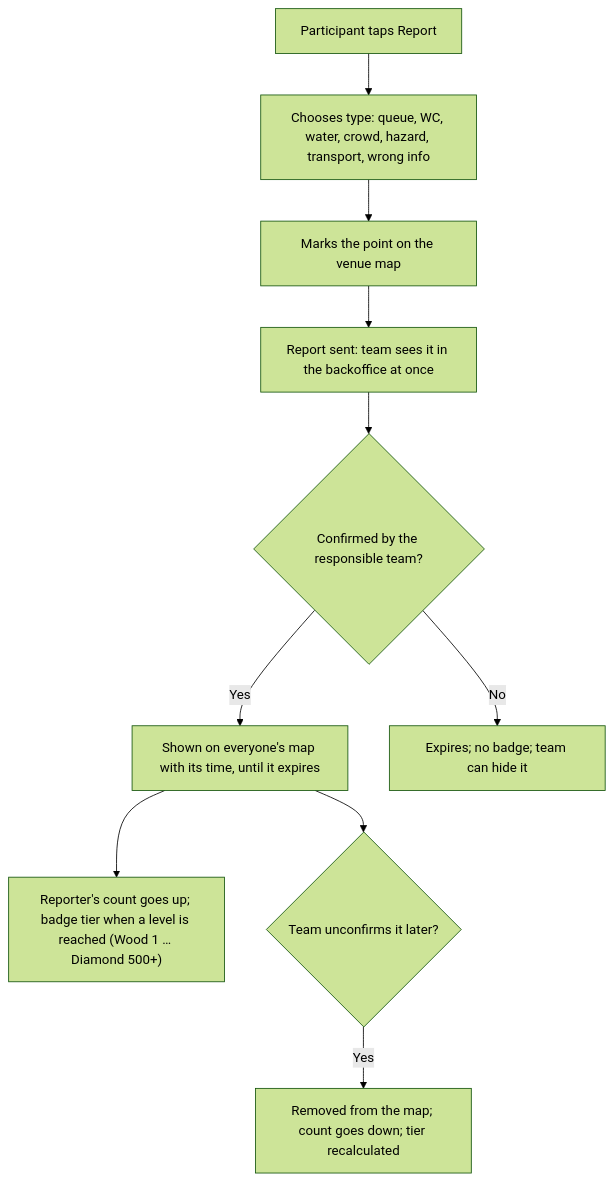
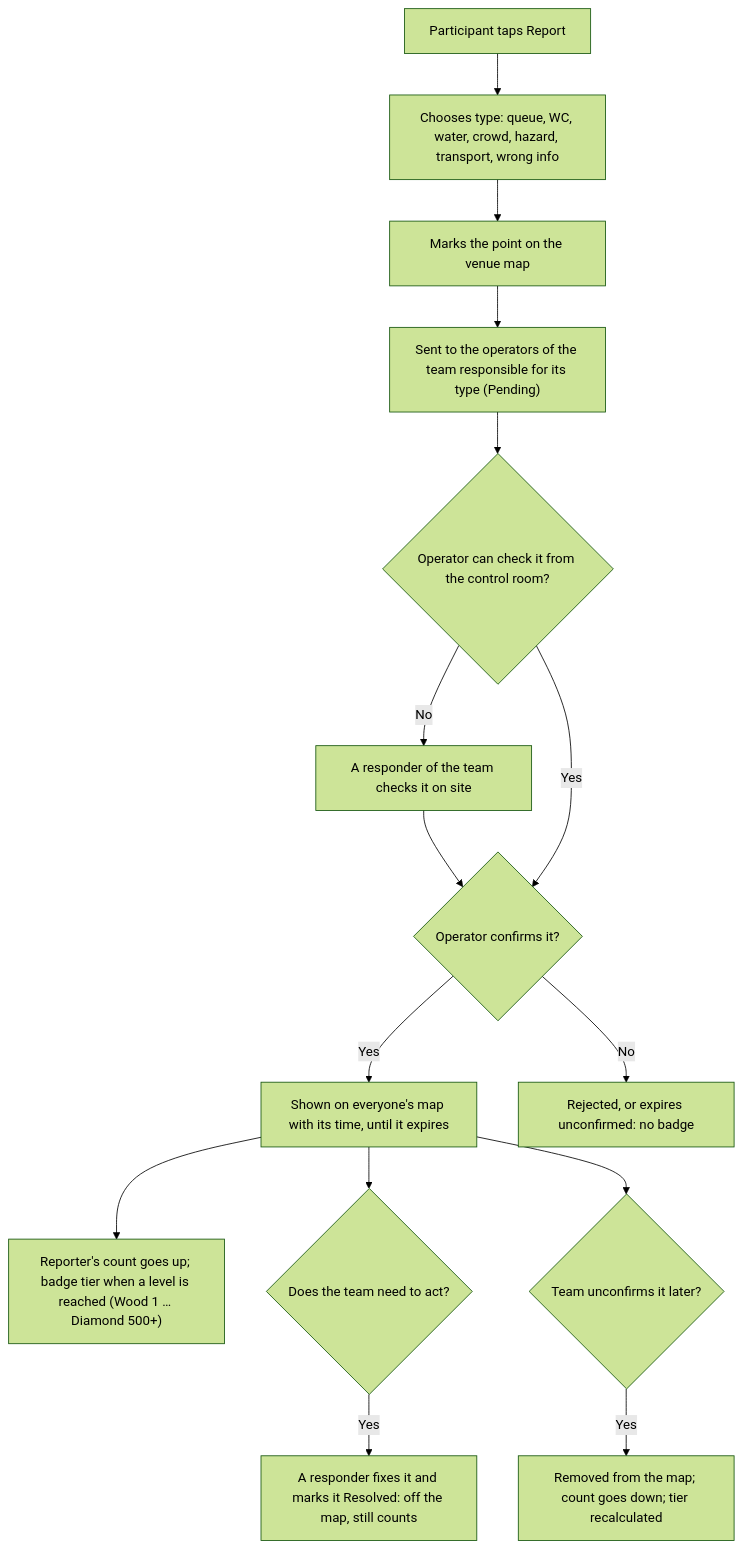
One commit to tomasoliveira21/LABDSOF changed the seventh of 8 diagrams in Docs/Product/user-workflows.md. Above: the diagram before and after it, drawn with Mermaid (forest theme). The commit also changed other lines of this file and 12 other files, not shown here.

````diff
--- a/Docs/Product/user-workflows.md
+++ b/Docs/Product/user-workflows.md
@@ -177,12 +204,16 @@
 ```mermaid
 flowchart TD
     A["Participant taps Report"] --> B["Chooses type: queue, WC, water, crowd, hazard, transport, wrong info"]
     B --> C["Marks the point on the venue map"]
-    C --> D["Report sent: team sees it in the backoffice at once"]
-    D --> E{"Confirmed by the responsible team?"}
+    C --> D["Sent to the operators of the team responsible for its type (Pending)"]
+    D --> K{"Operator can check it from the control room?"}
+    K -- No --> L["A responder of the team checks it on site"] --> E
+    K -- Yes --> E{"Operator confirms it?"}
     E -- Yes --> F["Shown on everyone's map with its time, until it expires"]
     F --> G["Reporter's count goes up; badge tier when a level is reached (Wood 1 … Diamond 500+)"]
-    E -- No --> H["Expires; no badge; team can hide it"]
+    F --> M{"Does the team need to act?"}
+    M -- Yes --> N["A responder fixes it and marks it Resolved: off the map, still counts"]
+    E -- No --> H["Rejected, or expires unconfirmed: no badge"]
     F --> I{"Team unconfirms it later?"}
     I -- Yes --> J["Removed from the map; count goes down; tier recalculated"]
 ```
````
